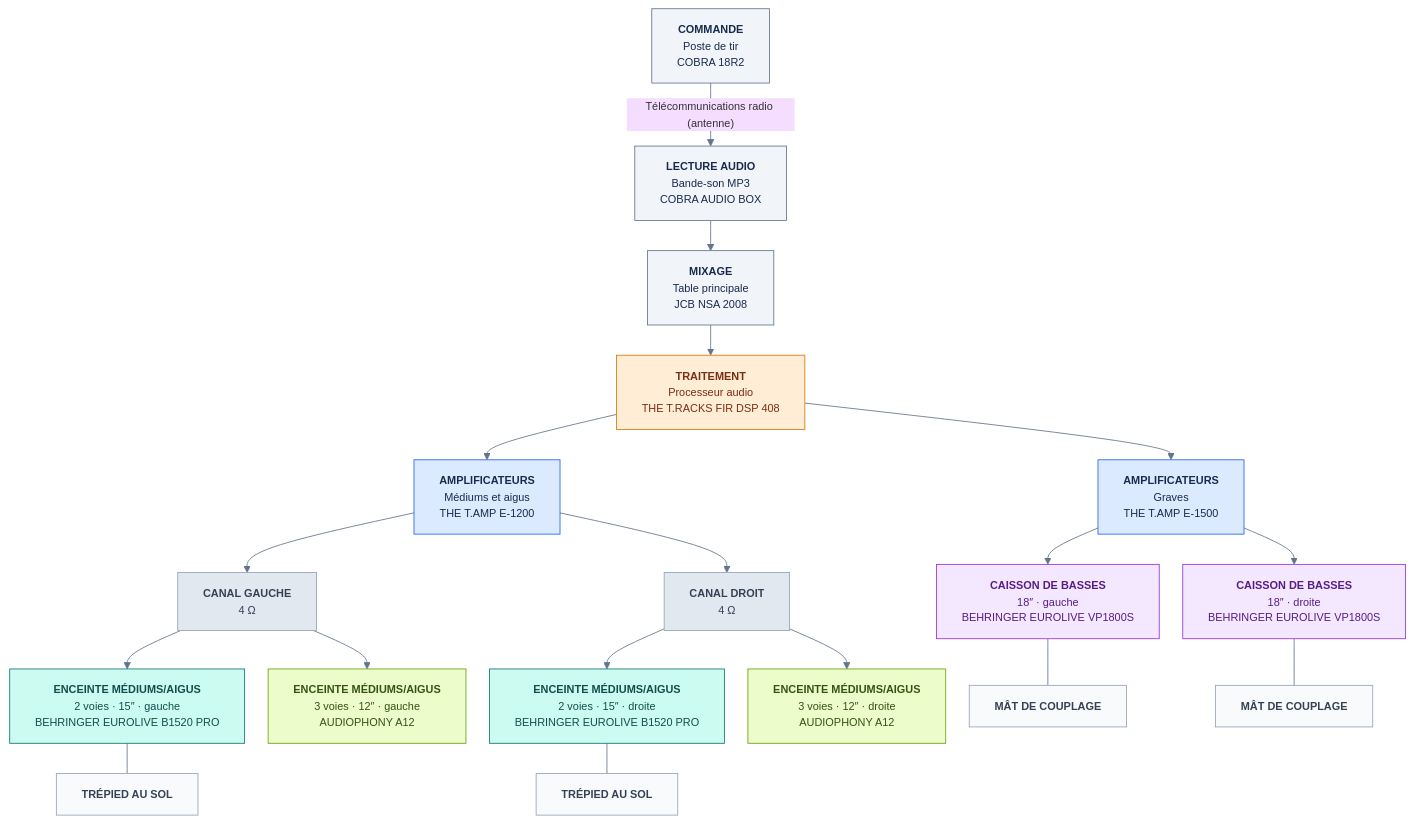
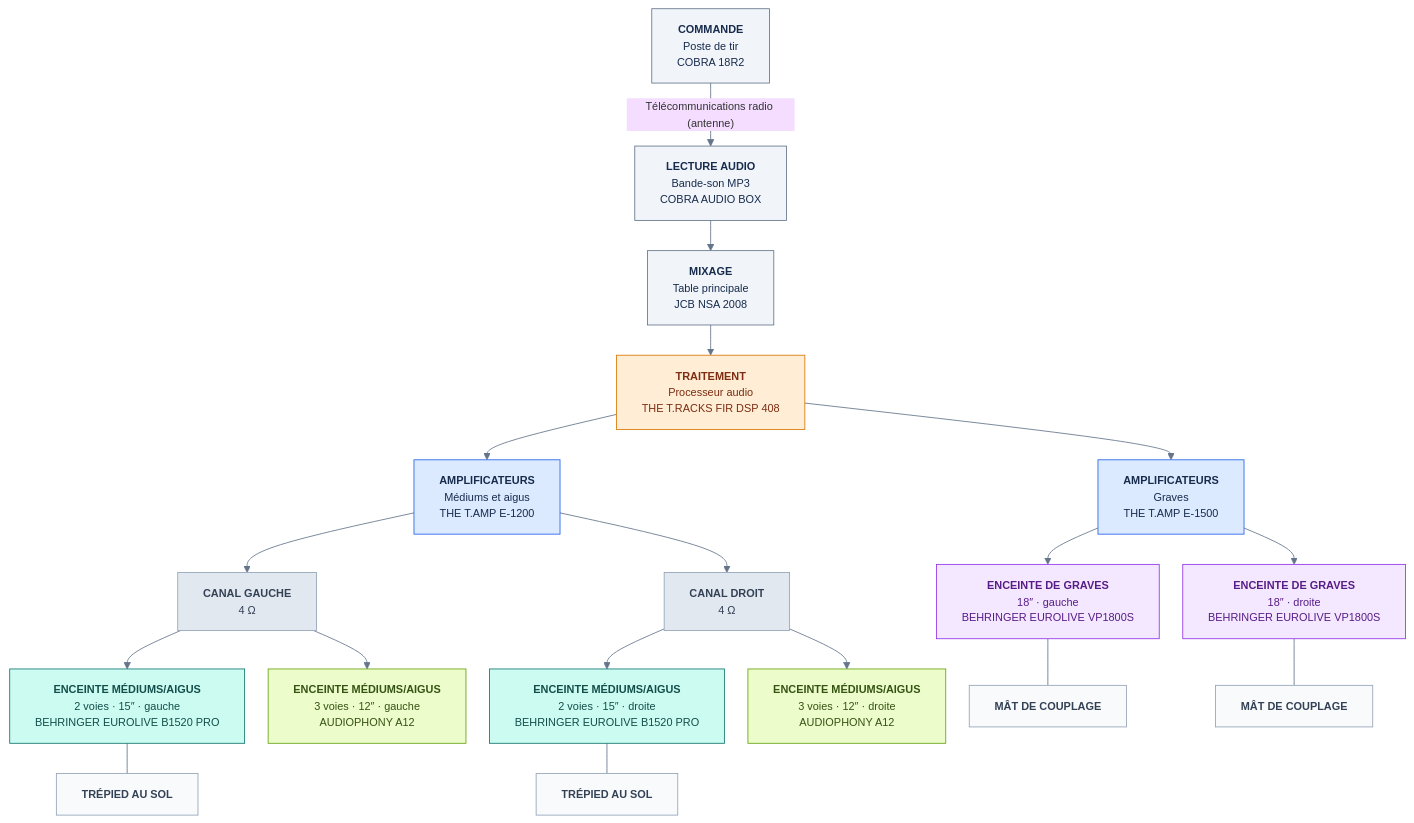
Before and after one commit to HAZIT-FR/PGE-SONO: the first of 3 diagrams in README.md, drawn with Mermaid.

Commit message:
docs: harmoniser les libellés du schéma avec enceintes de graves

```diff
--- a/README.md
+++ b/README.md
@@ -34,58 +34,58 @@
 ~~~mermaid
 %%{init: {"flowchart": {"nodeSpacing": 28, "rankSpacing": 36, "htmlLabels": true, "wrappingWidth": 320}, "theme": "base", "themeVariables": {"fontSize": "13px", "lineColor": "#64748b"}}}%%
 flowchart TB
   A["<b>COMMANDE</b><br/>Poste de tir<br/>COBRA 18R2"]
   B["<b>LECTURE AUDIO</b><br/>Bande-son MP3<br/>COBRA AUDIO BOX"]
   C["<b>MIXAGE</b><br/>Table principale<br/>JCB NSA 2008"]
   D["<b>TRAITEMENT</b><br/>Processeur audio<br/>THE T.RACKS FIR DSP 408"]
   E["<b>AMPLIFICATEURS</b><br/>Médiums et aigus<br/>THE T.AMP E-1200"]
   F["<b>AMPLIFICATEURS</b><br/>Graves<br/>THE T.AMP E-1500"]
   LG["<b>CANAL GAUCHE</b><br/>4 Ω"]
   LD["<b>CANAL DROIT</b><br/>4 Ω"]
   BG["<b>ENCEINTE MÉDIUMS/AIGUS</b><br/>2 voies · 15″ · gauche<br/>BEHRINGER EUROLIVE B1520 PRO"]
   BD["<b>ENCEINTE MÉDIUMS/AIGUS</b><br/>2 voies · 15″ · droite<br/>BEHRINGER EUROLIVE B1520 PRO"]
   AG["<b>ENCEINTE MÉDIUMS/AIGUS</b><br/>3 voies · 12″ · gauche<br/>AUDIOPHONY A12"]
   AD["<b>ENCEINTE MÉDIUMS/AIGUS</b><br/>3 voies · 12″ · droite<br/>AUDIOPHONY A12"]
-  SG["<b>CAISSON DE BASSES</b><br/>18″ · gauche<br/>BEHRINGER EUROLIVE VP1800S"]
-  SD["<b>CAISSON DE BASSES</b><br/>18″ · droite<br/>BEHRINGER EUROLIVE VP1800S"]
+  SG["<b>ENCEINTE DE GRAVES</b><br/>18″ · gauche<br/>BEHRINGER EUROLIVE VP1800S"]
+  SD["<b>ENCEINTE DE GRAVES</b><br/>18″ · droite<br/>BEHRINGER EUROLIVE VP1800S"]
 
   TG["<b>TRÉPIED AU SOL</b>"]
   TD["<b>TRÉPIED AU SOL</b>"]
   MG["<b>MÂT DE COUPLAGE</b>"]
   MD["<b>MÂT DE COUPLAGE</b>"]
 
   A -- "Télécommunications radio (antenne)" --> B
   B --> C --> D
   D --> E
   D --> F
   E --> LG
   E --> LD
   LG --> BG
   LG --> AG
   LD --> BD
   LD --> AD
   F --> SG
   F --> SD
 
   BG --- TG
   BD --- TD
   SG --- MG
   SD --- MD
 
   classDef commande fill:#f1f5f9,stroke:#64748b,color:#172b4d;
   classDef processeur fill:#ffedd5,stroke:#d97706,color:#7c2d12;
   classDef amplis fill:#dbeafe,stroke:#2563eb,color:#172b4d;
   classDef canaux fill:#e2e8f0,stroke:#94a3b8,color:#334155;
   classDef principales fill:#ccfbf1,stroke:#0f766e,color:#134e4a;
   classDef appoint fill:#ecfccb,stroke:#65a30d,color:#365314;
   classDef basses fill:#f3e8ff,stroke:#9333ea,color:#581c87;
   classDef support fill:#f8fafc,stroke:#94a3b8,color:#334155;
   class A,B,C commande;
   class D processeur;
   class E,F amplis;
   class LG,LD canaux;
   class BG,BD principales;
   class AG,AD appoint;
   class SG,SD basses;
   class TG,TD,MG,MD support;
 ~~~
```
